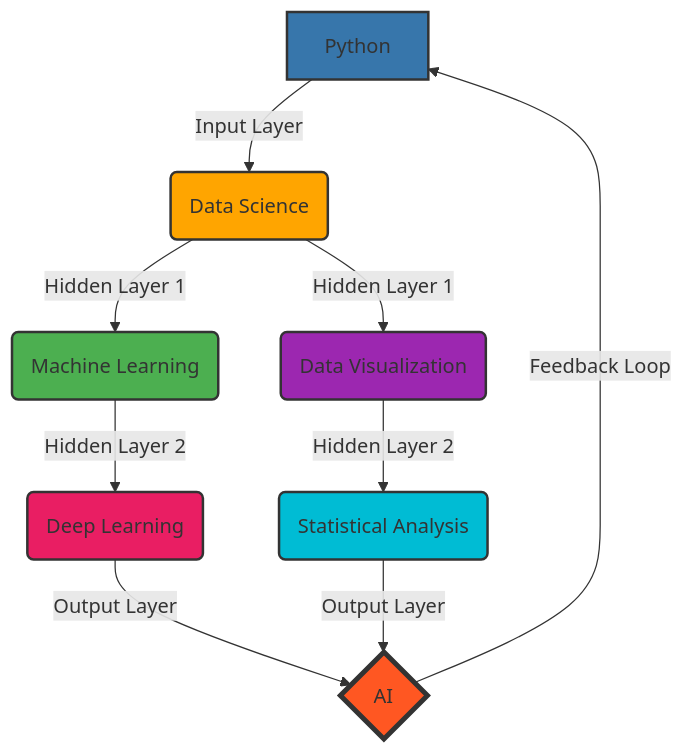
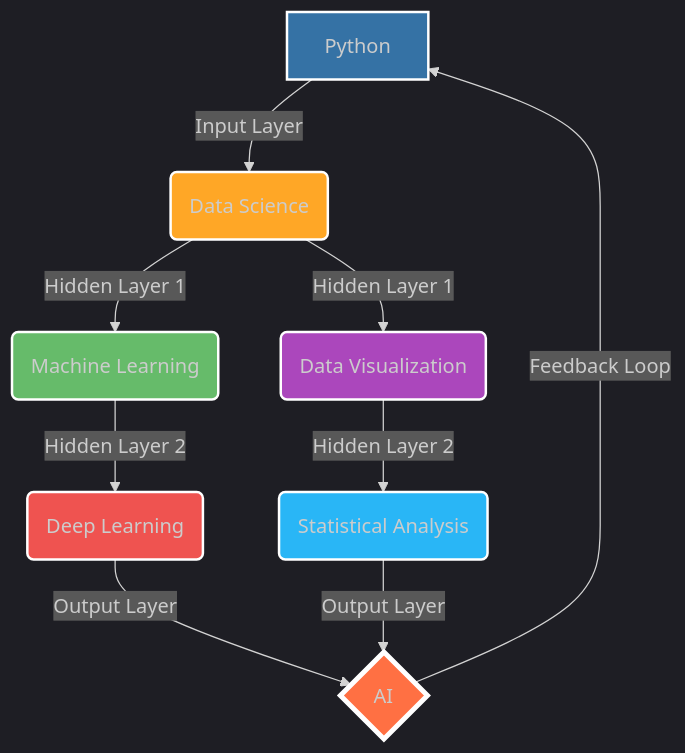
The diagram in README.md (ahammadnafiz/ahammadnafiz), drawn with Mermaid before and after one commit.

````diff
--- a/README.md
+++ b/README.md
@@ -11,19 +11,20 @@
 ```mermaid
+%%{init: {'theme': 'dark', 'themeVariables': { 'nodeBorder': '#333', 'mainBkg': '#1a1a1a'}}}%%
 graph TD
     A[Python] -->|Input Layer| B(Data Science)
     B -->|Hidden Layer 1| C(Machine Learning)
     B -->|Hidden Layer 1| D(Data Visualization)
     C -->|Hidden Layer 2| E(Deep Learning)
     D -->|Hidden Layer 2| F(Statistical Analysis)
     E -->|Output Layer| G{AI}
     F -->|Output Layer| G
     G -->|Feedback Loop| A
-    style A fill:#3776AB,stroke:#333,stroke-width:2px
-    style B fill:#FFA500,stroke:#333,stroke-width:2px
-    style C fill:#4CAF50,stroke:#333,stroke-width:2px
-    style D fill:#9C27B0,stroke:#333,stroke-width:2px
-    style E fill:#E91E63,stroke:#333,stroke-width:2px
-    style F fill:#00BCD4,stroke:#333,stroke-width:2px
-    style G fill:#FF5722,stroke:#333,stroke-width:4px
-    classDef default fill:#f9f,stroke:#333,stroke-width:2px;
+    style A fill:#3572A5,stroke:#fff,stroke-width:2px
+    style B fill:#FFA726,stroke:#fff,stroke-width:2px
+    style C fill:#66BB6A,stroke:#fff,stroke-width:2px
+    style D fill:#AB47BC,stroke:#fff,stroke-width:2px
+    style E fill:#EF5350,stroke:#fff,stroke-width:2px
+    style F fill:#29B6F6,stroke:#fff,stroke-width:2px
+    style G fill:#FF7043,stroke:#fff,stroke-width:4px
+    classDef default fill:#1a1a1a,stroke:#fff,stroke-width:2px;
 ```
````
